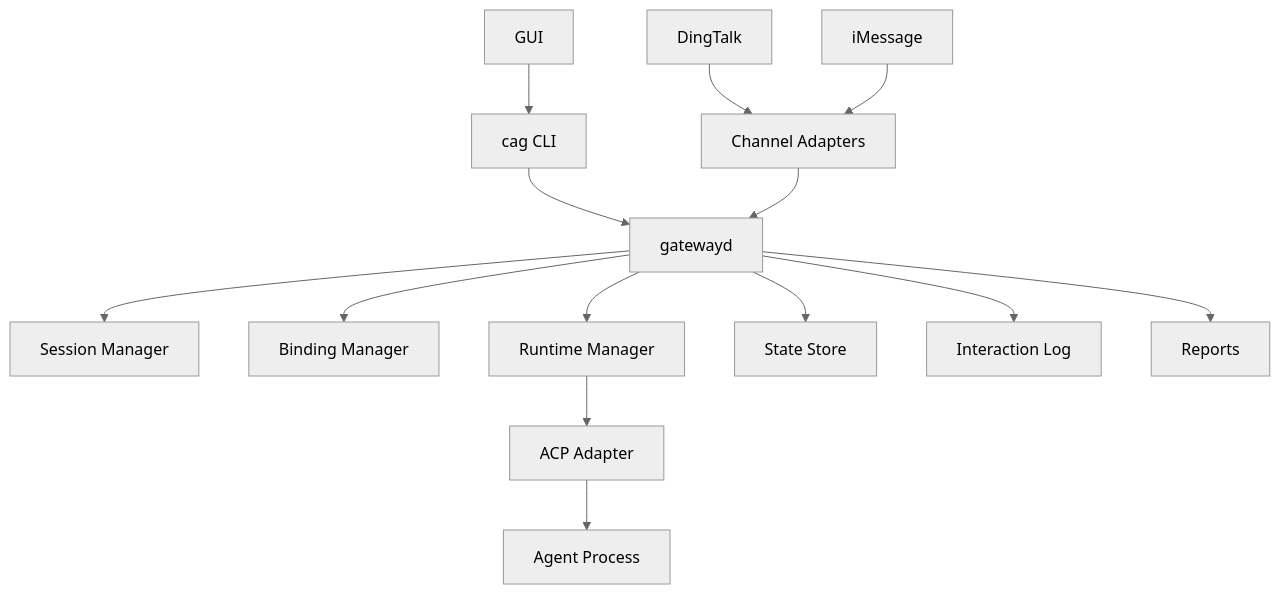
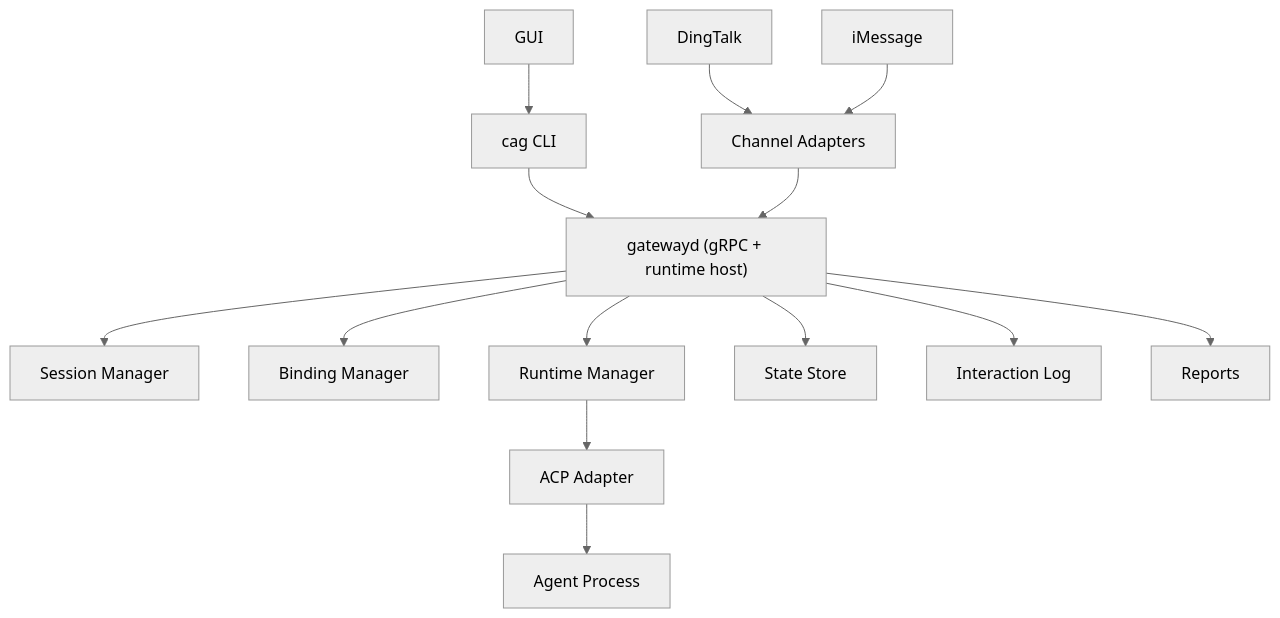
One commit to zhoushoujianwork/cli-agent-gateway changed the diagram in docs/ARCHITECTURE.md. Above: the diagram before and after it, drawn with Mermaid (neutral theme). The commit also changed other lines of this file and 24 other files, not shown here.

Commit message:
Standardize gateway logging and GUI control flow

````diff
--- a/docs/ARCHITECTURE.md
+++ b/docs/ARCHITECTURE.md
@@ -70,16 +76,16 @@
 ```mermaid
 flowchart TD
     GUI["GUI"] --> CLI
     DT["DingTalk"] --> CH
     IM["iMessage"] --> CH
-    CLI["cag CLI"] --> GD["gatewayd"]
+    CLI["cag CLI"] --> GD["gatewayd (gRPC + runtime host)"]
     CH["Channel Adapters"] --> GD
     GD --> SM["Session Manager"]
     GD --> BM["Binding Manager"]
     GD --> RM["Runtime Manager"]
     RM --> ACP["ACP Adapter"]
     ACP --> AG["Agent Process"]
     GD --> ST["State Store"]
     GD --> IL["Interaction Log"]
     GD --> RP["Reports"]
 ```
````
